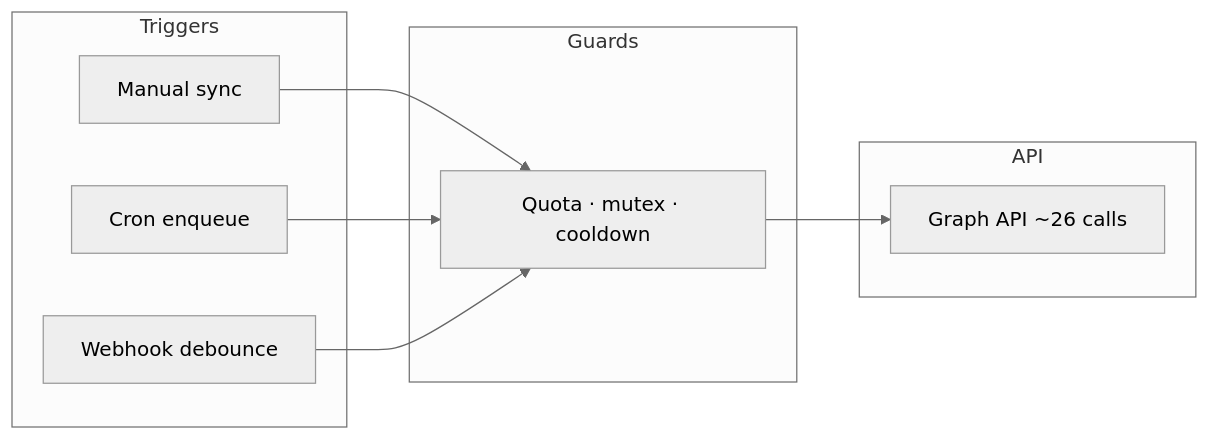
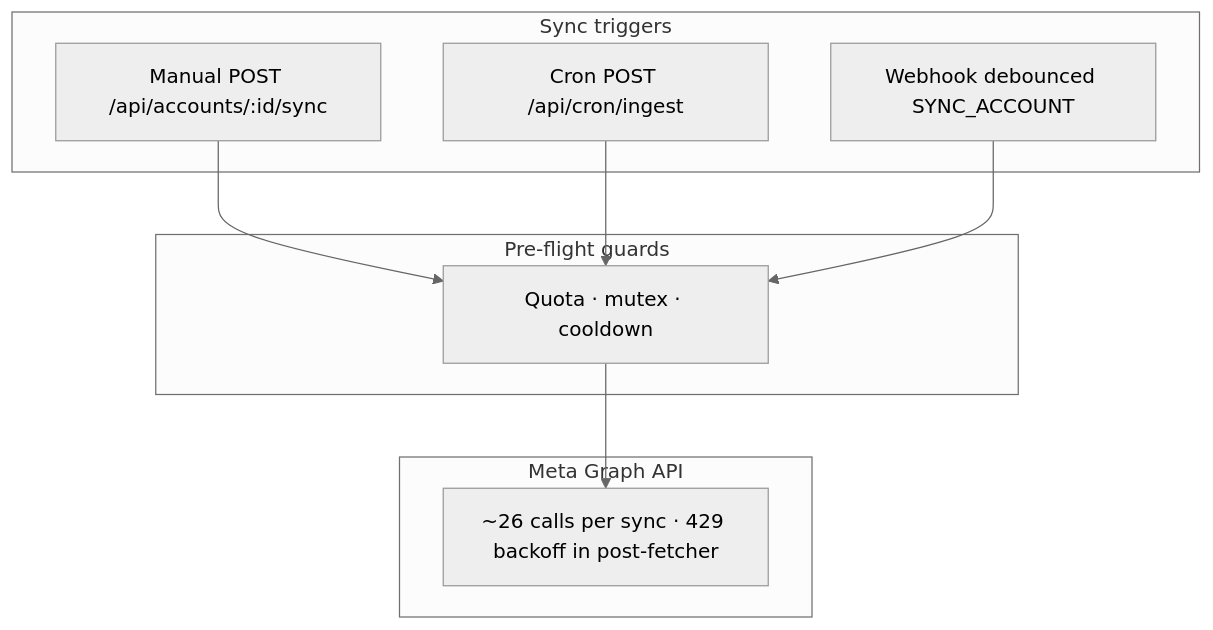
One commit to Jainam2848/ReelMetrics changed the second of 2 diagrams in docs/prd.md. Above: the diagram before and after it, drawn with Mermaid (neutral theme). The commit also changed other lines of this file and 7 other files, not shown here.

First line of the commit message:
docs: align Mermaid diagrams across docs, spec, and playbook

````diff
--- a/docs/prd.md
+++ b/docs/prd.md
@@ -129,15 +133,18 @@
 ```mermaid
-flowchart LR
-    subgraph Triggers
-        M[Manual sync]
-        C[Cron enqueue]
-        W[Webhook debounce]
+flowchart TB
+    subgraph Triggers["Sync triggers"]
+        M[Manual POST /api/accounts/:id/sync]
+        C[Cron POST /api/cron/ingest]
+        W[Webhook debounced SYNC_ACCOUNT]
     end
-    subgraph Guards
+    subgraph Guards["Pre-flight guards"]
         G[Quota · mutex · cooldown]
     end
-    subgraph API
-        IG[Graph API ~26 calls]
+    subgraph Fetch["Meta Graph API"]
+        IG[~26 calls per sync · 429 backoff in post-fetcher]
     end
-    M & C & W --> G --> IG
+    M --> G
+    C --> G
+    W --> G
+    G --> IG
 ```
````
